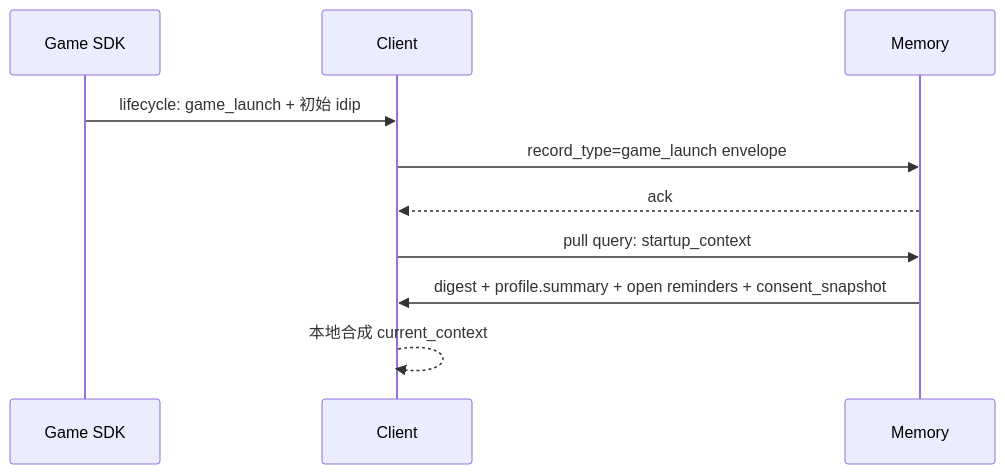
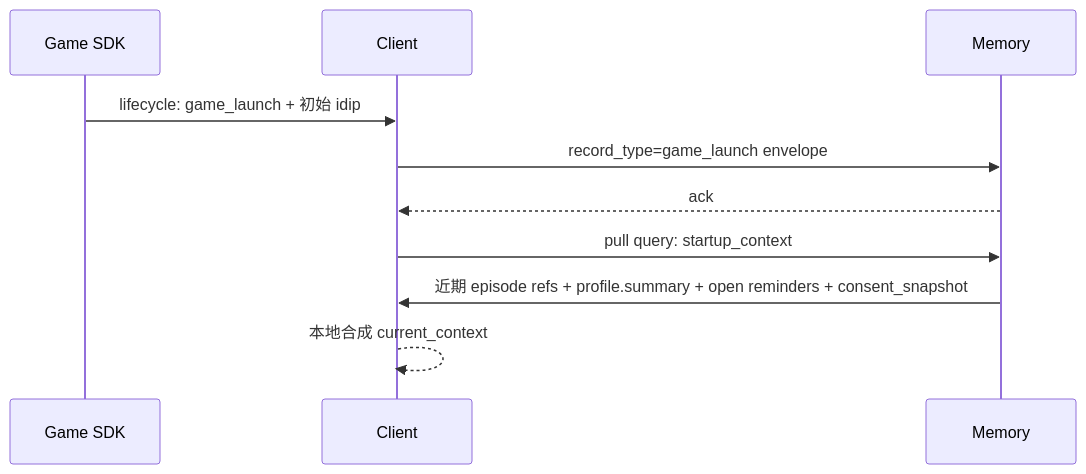
Before and after one commit to uu-yaya/ai-product-builder: the fifth of 13 diagrams in projects/desktop-pet/01-pm/branches/memory-dataset/DATA_FLOW_REQUIREMENT_SPECIFICATION.md, drawn with Mermaid. The commit also changed other lines of this file and 1 other file, not shown here.

````diff
--- a/projects/desktop-pet/01-pm/branches/memory-dataset/DATA_FLOW_REQUIREMENT_SPECIFICATION.md
+++ b/projects/desktop-pet/01-pm/branches/memory-dataset/DATA_FLOW_REQUIREMENT_SPECIFICATION.md
@@ -1516,12 +1574,12 @@
 ```mermaid
 sequenceDiagram
     participant SDK as Game SDK
     participant C as Client
     participant M as Memory
     SDK->>C: lifecycle: game_launch + 初始 idip
     C->>M: record_type=game_launch envelope
     M-->>C: ack
     C->>M: pull query: startup_context
-    M->>C: digest + profile.summary + open reminders + consent_snapshot
+    M->>C: 近期 episode refs + profile.summary + open reminders + consent_snapshot
     C-->>C: 本地合成 current_context
 ```
````
